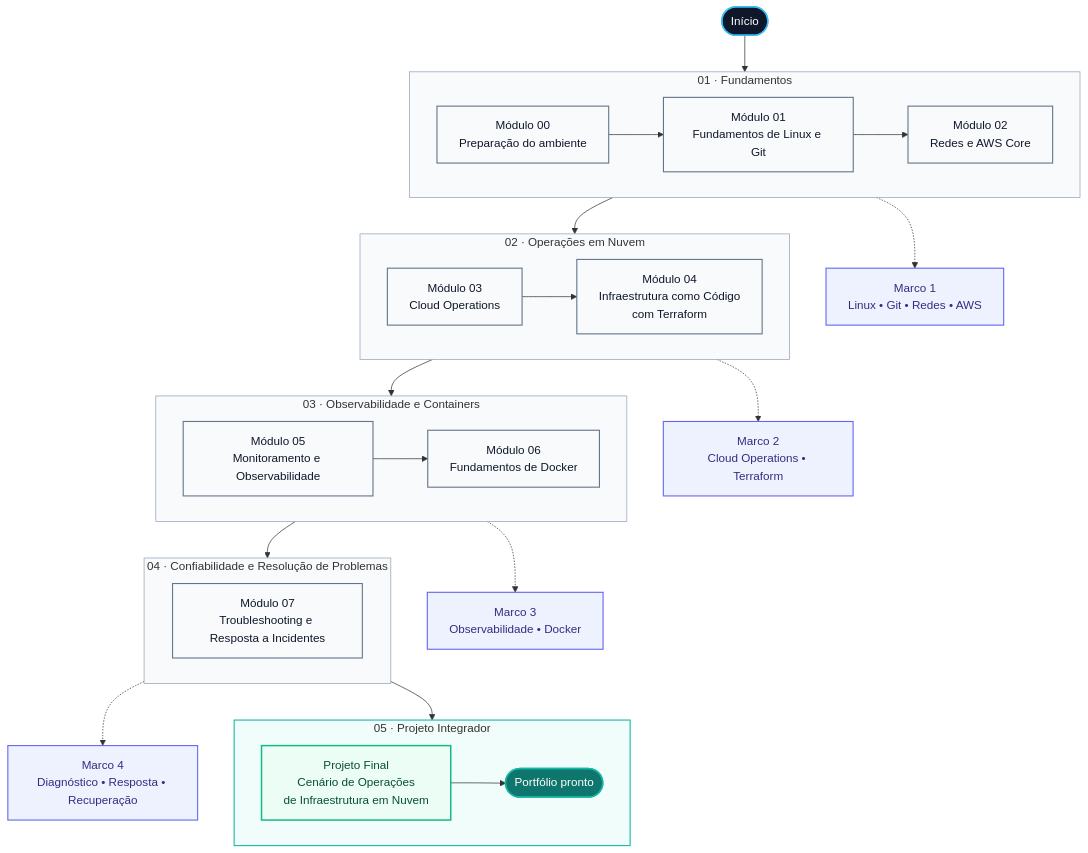
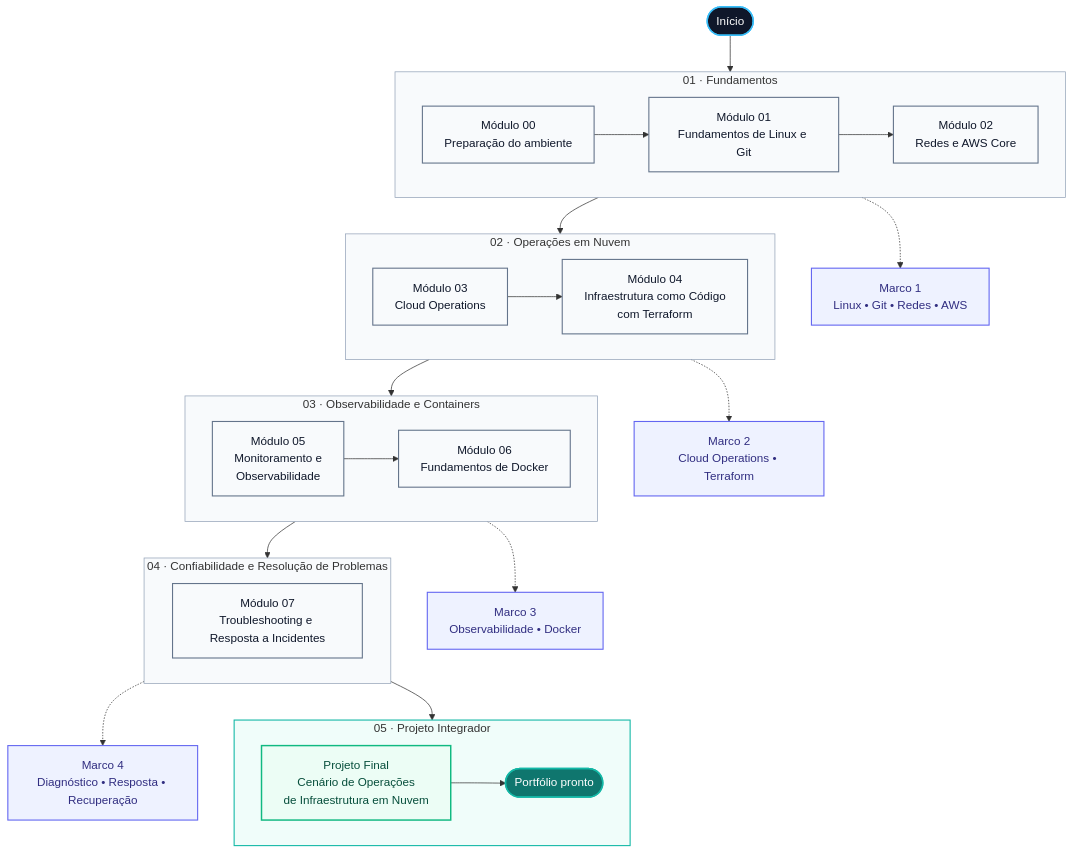
The first of 2 diagrams in docs/roadmap.md (itamarsb/cloud-infrastructure-operations-lab), drawn with Mermaid before and after one commit.

````diff
--- a/docs/roadmap.md
+++ b/docs/roadmap.md
@@ -38,72 +38,72 @@
 ```mermaid
 flowchart TB
     START([Início])
 
     subgraph F1["01 · Fundamentos"]
         direction LR
         M00["Módulo 00<br/>Preparação do ambiente"]
         M01["Módulo 01<br/>Fundamentos de Linux e Git"]
         M02["Módulo 02<br/>Redes e AWS Core"]
         M00 --> M01 --> M02
     end
 
     subgraph F2["02 · Operações em Nuvem"]
         direction LR
         M03["Módulo 03<br/>Cloud Operations"]
         M04["Módulo 04<br/>Infraestrutura como Código<br/>com Terraform"]
         M03 --> M04
     end
 
     subgraph F3["03 · Observabilidade e Containers"]
         direction LR
-        M05["Módulo 05<br/>Monitoramento e Observabilidade"]
+        M05["Módulo 05<br/>Monitoramento e<br/>Observabilidade"]
         M06["Módulo 06<br/>Fundamentos de Docker"]
         M05 --> M06
     end
 
     subgraph F4["04 · Confiabilidade e Resolução de Problemas"]
         direction LR
         M07["Módulo 07<br/>Troubleshooting e Resposta a Incidentes"]
     end
 
     subgraph F5["05 · Projeto Integrador"]
         direction LR
         M08["Projeto Final<br/>Cenário de Operações<br/>de Infraestrutura em Nuvem"]
         DONE([Portfólio pronto])
         M08 --> DONE
     end
 
     START --> M00
     M02 --> M03
     M04 --> M05
     M06 --> M07
     M07 --> M08
 
     C1["Marco 1<br/>Linux • Git • Redes • AWS"]
     C2["Marco 2<br/>Cloud Operations • Terraform"]
     C3["Marco 3<br/>Observabilidade • Docker"]
     C4["Marco 4<br/>Diagnóstico • Resposta • Recuperação"]
 
     M02 -.-> C1
     M04 -.-> C2
     M06 -.-> C3
     M07 -.-> C4
 
     classDef start fill:#0f172a,stroke:#38bdf8,color:#ffffff,stroke-width:2px;
     classDef module fill:#f8fafc,stroke:#64748b,color:#0f172a,stroke-width:1.5px;
     classDef milestone fill:#eef2ff,stroke:#6366f1,color:#312e81,stroke-width:1.5px;
     classDef final fill:#ecfdf5,stroke:#10b981,color:#064e3b,stroke-width:2px;
     classDef finish fill:#0f766e,stroke:#14b8a6,color:#ffffff,stroke-width:2px;
 
     class START start;
     class M00,M01,M02,M03,M04,M05,M06,M07 module;
     class C1,C2,C3,C4 milestone;
     class M08 final;
     class DONE finish;
 
     style F1 fill:#f8fafc,stroke:#94a3b8,stroke-width:1px
     style F2 fill:#f8fafc,stroke:#94a3b8,stroke-width:1px
     style F3 fill:#f8fafc,stroke:#94a3b8,stroke-width:1px
     style F4 fill:#f8fafc,stroke:#94a3b8,stroke-width:1px
     style F5 fill:#f0fdfa,stroke:#14b8a6,stroke-width:1.5px
 ```
````
